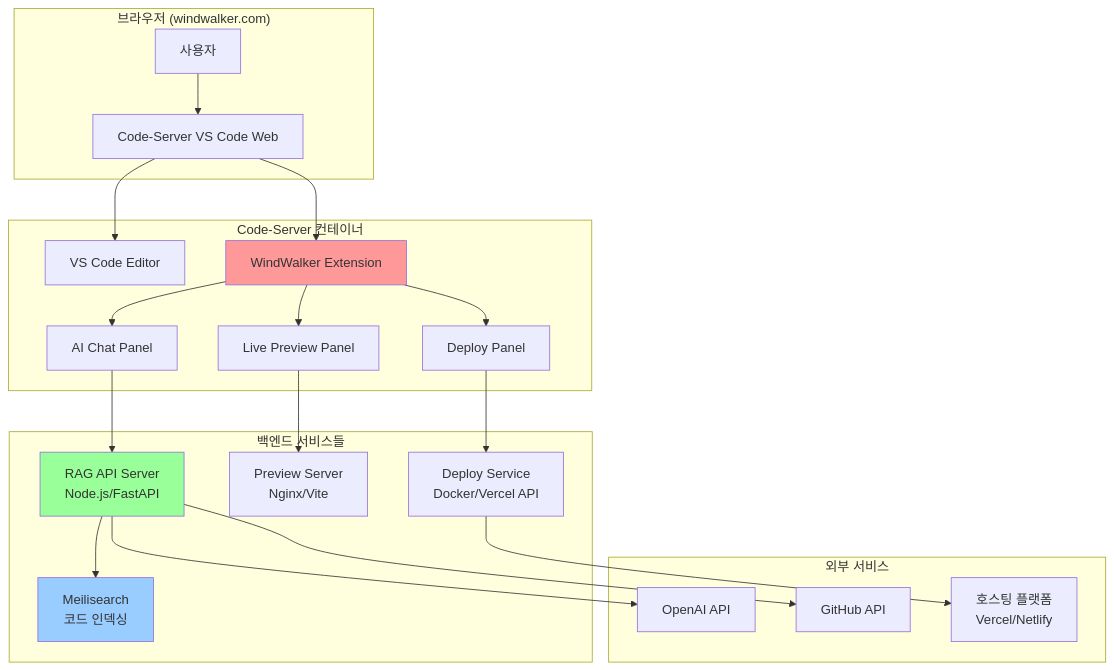
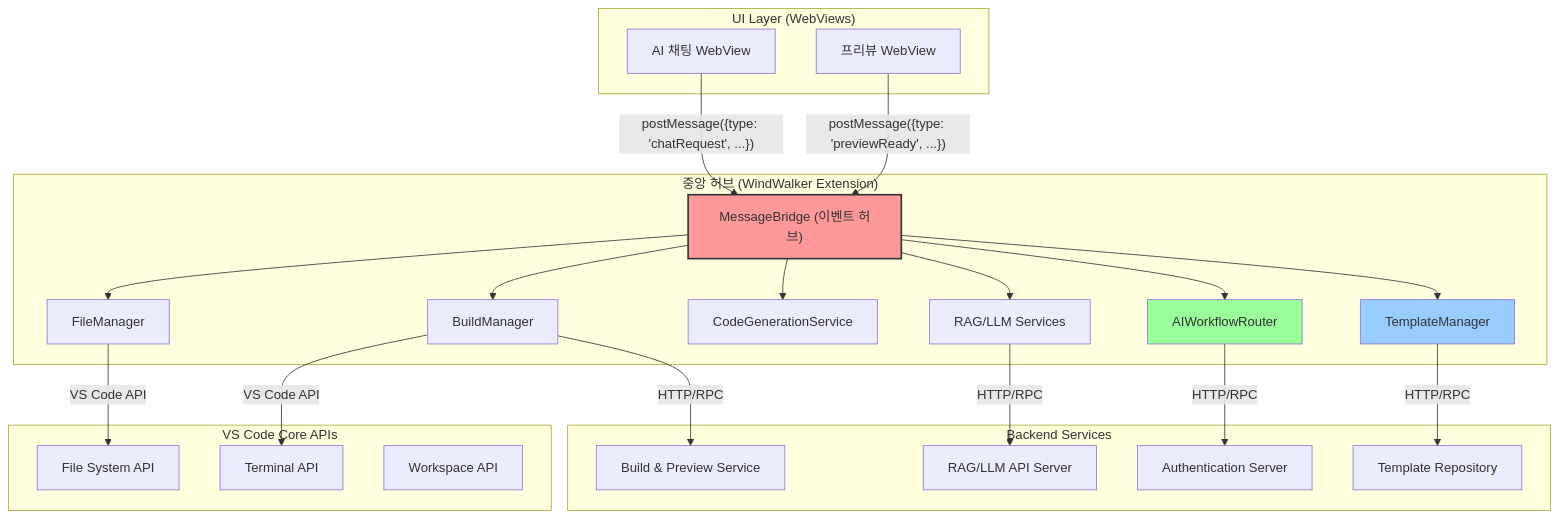
The diagram in pdd-windwalker.md (lausiv7/windw), drawn with Mermaid before and after one commit. The commit also changed other lines of this file and 2 other files, not shown here.

First line of the commit message:
WindWalker Phase 2 문서화 및 테스트 자동화 시스템 완료

````diff
--- a/pdd-windwalker.md
+++ b/pdd-windwalker.md
@@ -42,39 +44,45 @@
 ```mermaid
-graph TB
-    subgraph "브라우저 (windwalker.com)"
-        A[사용자] --> B[Code-Server VS Code Web]
+graph TD
+    subgraph "UI Layer (WebViews)"
+        A[AI 채팅 WebView]
+        B[프리뷰 WebView]
     end
+
+    subgraph "중앙 허브 (WindWalker Extension)"
+        D["MessageBridge (이벤트 허브)"]
+        D --> E[FileManager]
+        D --> F[BuildManager]
+        D --> G[CodeGenerationService]
+        D --> H[RAG/LLM Services]
+        D --> I[AIWorkflowRouter]
+        D --> J[TemplateManager]
+    end
+
+    subgraph "VS Code Core APIs"
+        K[File System API]
+        L[Terminal API]
+        M[Workspace API]
+    end
+
+    subgraph "Backend Services"
+        N[Build & Preview Service]
+        O[RAG/LLM API Server]
+        P[Template Repository]
+        Q[Authentication Server]
+    end
+
+    A -- "postMessage({type: 'chatRequest', ...})" --> D
+    B -- "postMessage({type: 'previewReady', ...})" --> D
     
-    subgraph "Code-Server 컨테이너"
-        B --> C[VS Code Editor]
-        B --> D[WindWalker Extension]
-        D --> E[AI Chat Panel]
-        D --> F[Live Preview Panel] 
-        D --> G[Deploy Panel]
-    end
+    E -- "VS Code API" --> K
+    F -- "VS Code API" --> L
     
-    subgraph "백엔드 서비스들"
-        H[Meilisearch<br/>코드 인덱싱]
-        I[RAG API Server<br/>Node.js/FastAPI]
-        J[Preview Server<br/>Nginx/Vite]
-        K[Deploy Service<br/>Docker/Vercel API]
-    end
+    F -- "HTTP/RPC" --> N
+    H -- "HTTP/RPC" --> O
+    J -- "HTTP/RPC" --> P
+    I -- "HTTP/RPC" --> Q
     
-    subgraph "외부 서비스"
-        L[OpenAI API]
-        M[GitHub API]
-        N[호스팅 플랫폼<br/>Vercel/Netlify]
-    end
-    
-    E --> I
-    I --> H
-    I --> L
-    F --> J
-    G --> K
-    K --> N
-    I --> M
-    
-    style D fill:#ff9999
-    style H fill:#99ccff
+    style D fill:#ff9999,stroke:#333,stroke-width:2px
     style I fill:#99ff99
+    style J fill:#99ccff
 ```
````
